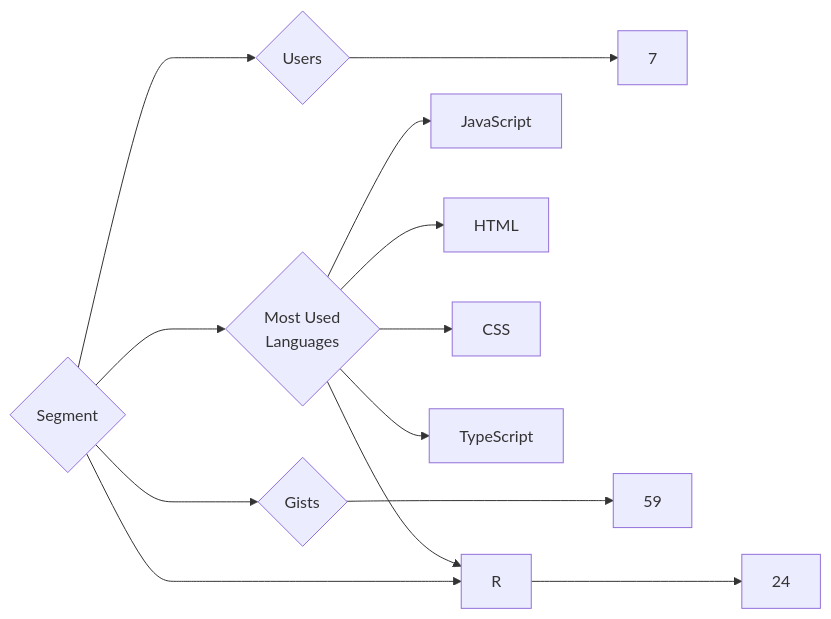
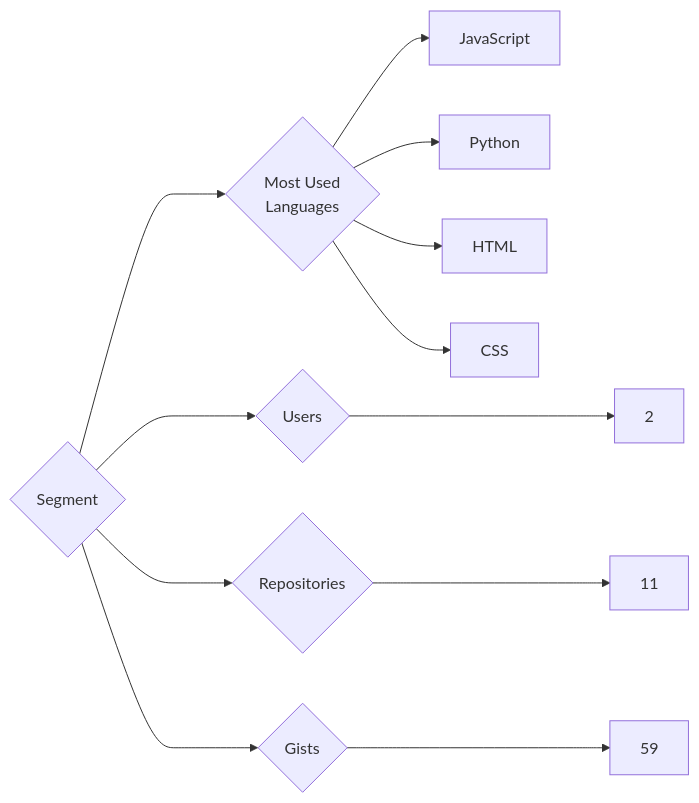
One commit to trickest/insiders changed the diagram in targets/Segment/README.md. Above: the diagram before and after it, drawn with Mermaid. The commit also changed 797 other files, not shown here.

````diff
--- a/targets/Segment/README.md
+++ b/targets/Segment/README.md
@@ -3,13 +3,12 @@
 ```mermaid
 graph LR
 COMPANY_NAME{Segment}
-COMPANY_NAME ---> U{Users} ---> UN[7]
-COMPANY_NAME ---> R{Repositories} ---> RN[24]
+COMPANY_NAME ---> U{Users} ---> UN[2]
+COMPANY_NAME ---> R{Repositories} ---> RN[11]
 COMPANY_NAME ---> G{Gists} ---> GN[59]
 COMPANY_NAME ---> ML{Most Used<br>Languages}
 ML --> JavaScript[JavaScript]
+ML --> Python[Python]
 ML --> HTML[HTML]
 ML --> CSS[CSS]
-ML --> TypeScript[TypeScript]
-ML --> R[R]
 ```
````
